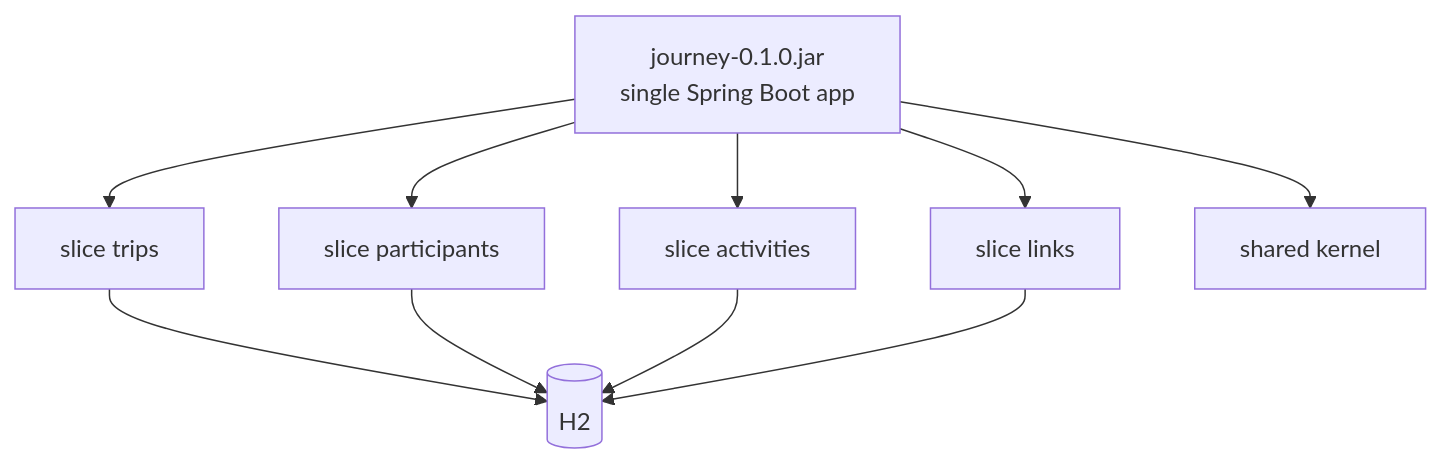
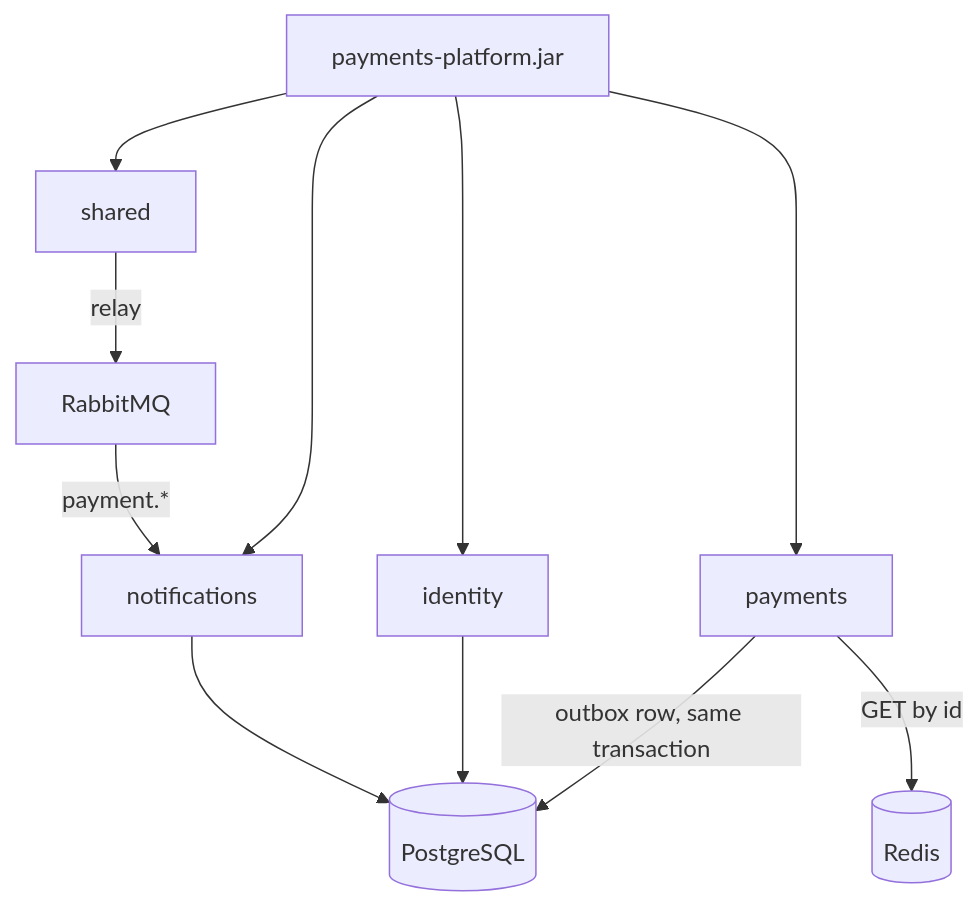
One commit to Andersonlimahw/java-clean-arch-sample changed the second of 4 diagrams in docs/architecture.md. Above: the diagram before and after it, drawn with Mermaid. The commit also changed other lines of this file and 11 other files, not shown here.

First line of the commit message:
docs: replace trip-planner architecture with payments ADRs

````diff
--- a/docs/architecture.md
+++ b/docs/architecture.md
@@ -17,10 +21,14 @@
 ```mermaid
 flowchart TB
-    API["journey-0.1.0.jar<br/>single Spring Boot app"]
-    API --> T["slice trips"]
-    API --> P["slice participants"]
-    API --> A["slice activities"]
-    API --> L["slice links"]
-    API --> K["shared kernel"]
-    T & P & A & L --> DB[("H2")]
+    API["payments-platform.jar"]
+    API --> ID["identity"]
+    API --> PAY["payments"]
+    API --> NTF["notifications"]
+    API --> SH["shared"]
+    PAY -->|outbox row, same transaction| PG[("PostgreSQL")]
+    ID --> PG
+    NTF --> PG
+    SH -->|relay| MQ["RabbitMQ"]
+    MQ -->|payment.*| NTF
+    PAY -->|GET by id| Redis[("Redis")]
 ```
````
